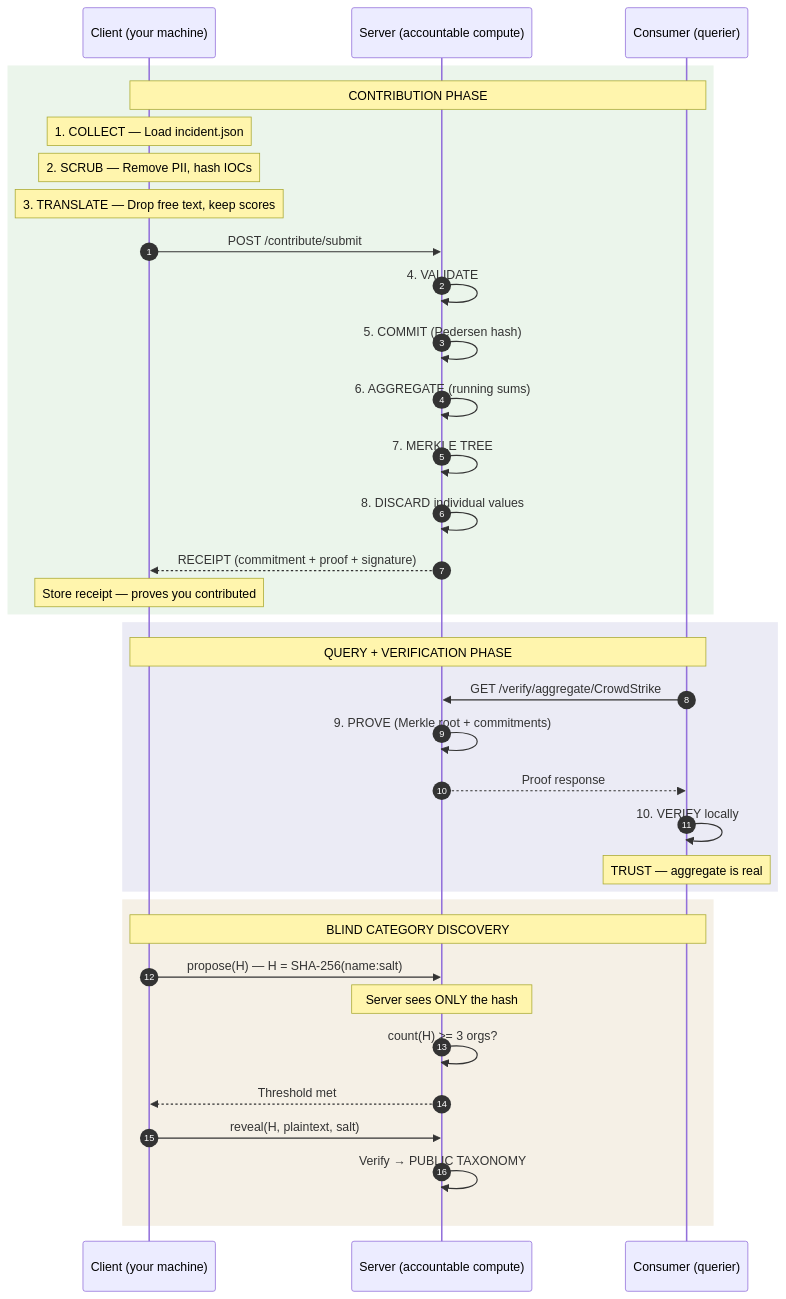
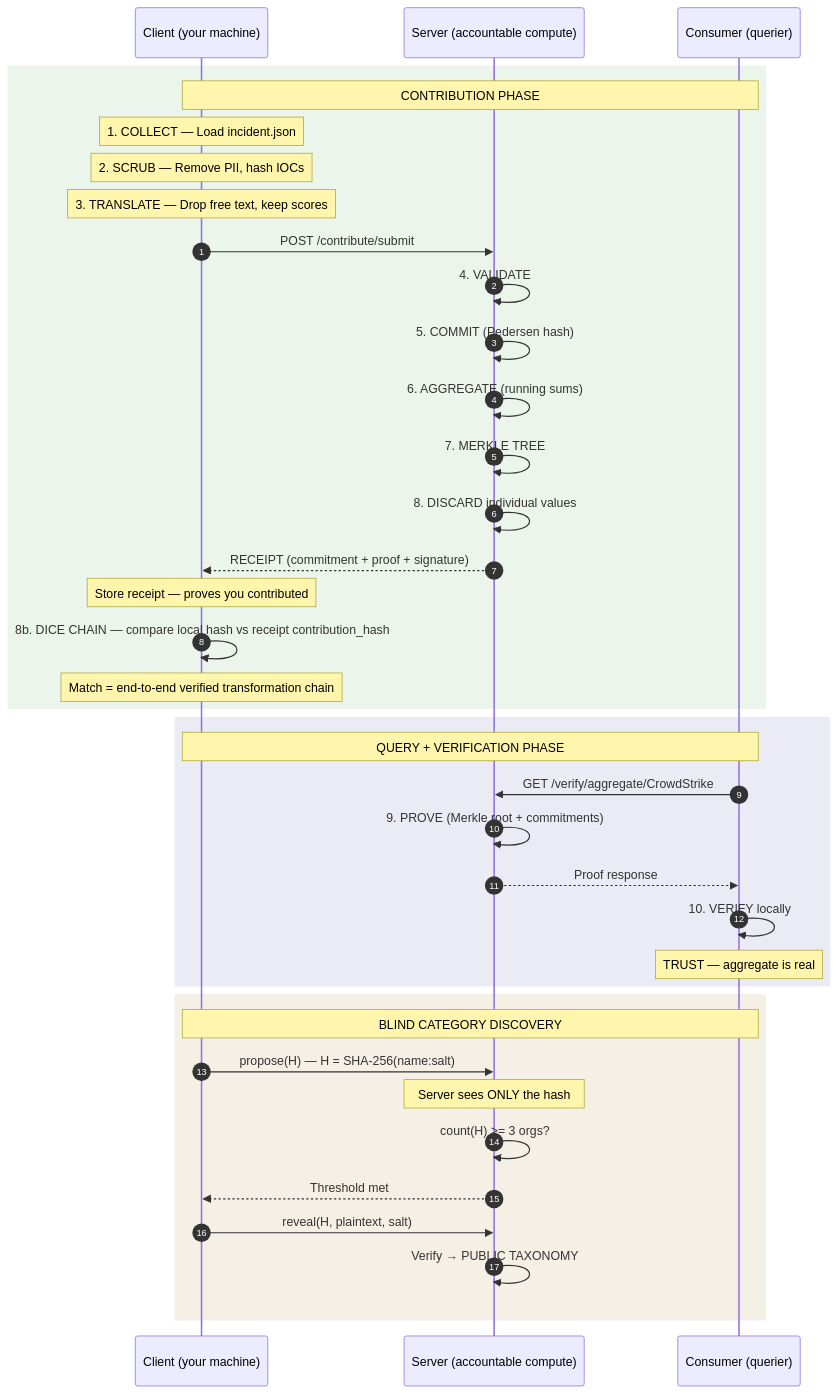
The diagram in ARCHITECTURE.md (manizzle/oombra), drawn with Mermaid before and after one commit. The commit also changed other lines of this file and 5 other files, not shown here.

First line of the commit message:
feat: Wire dice chain verification + full doc sync (595 tests)

````diff
--- a/ARCHITECTURE.md
+++ b/ARCHITECTURE.md
@@ -5,41 +5,43 @@
 ```mermaid
 sequenceDiagram
     autonumber
     participant C as Client (your machine)
     participant S as Server (accountable compute)
     participant Q as Consumer (querier)
 
     rect rgb(235, 245, 235)
     Note over C,Q: CONTRIBUTION PHASE
     Note over C: 1. COLLECT — Load incident.json
     Note over C: 2. SCRUB — Remove PII, hash IOCs
     Note over C: 3. TRANSLATE — Drop free text, keep scores
     C->>S: POST /contribute/submit
     S->>S: 4. VALIDATE
     S->>S: 5. COMMIT (Pedersen hash)
     S->>S: 6. AGGREGATE (running sums)
     S->>S: 7. MERKLE TREE
     S->>S: 8. DISCARD individual values
     S-->>C: RECEIPT (commitment + proof + signature)
     Note over C: Store receipt — proves you contributed
+    C->>C: 8b. DICE CHAIN — compare local hash vs receipt contribution_hash
+    Note over C: Match = end-to-end verified transformation chain
     end
 
     rect rgb(235, 235, 245)
     Note over C,Q: QUERY + VERIFICATION PHASE
     Q->>S: GET /verify/aggregate/CrowdStrike
     S->>S: 9. PROVE (Merkle root + commitments)
     S-->>Q: Proof response
     Q->>Q: 10. VERIFY locally
     Note over Q: TRUST — aggregate is real
     end
 
     rect rgb(245, 240, 230)
     Note over C,Q: BLIND CATEGORY DISCOVERY
     C->>S: propose(H) — H = SHA-256(name:salt)
     Note over S: Server sees ONLY the hash
     S->>S: count(H) >= 3 orgs?
     S-->>C: Threshold met
     C->>S: reveal(H, plaintext, salt)
     S->>S: Verify → PUBLIC TAXONOMY
     end
 ```
````
